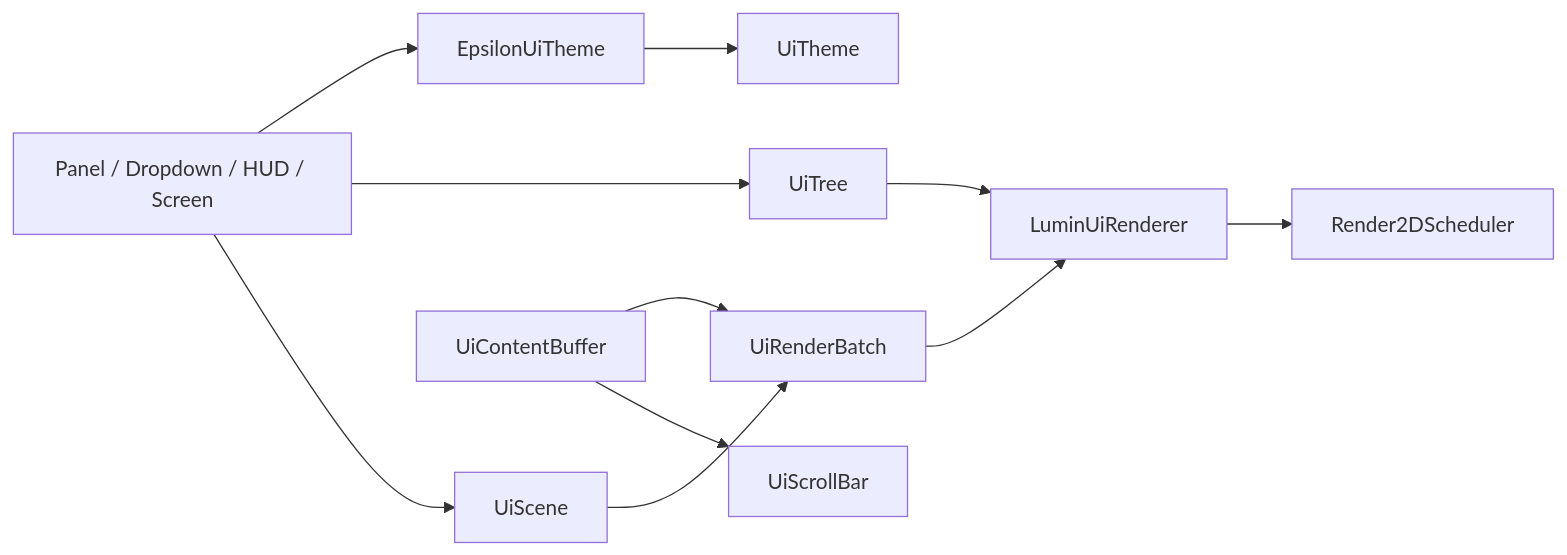
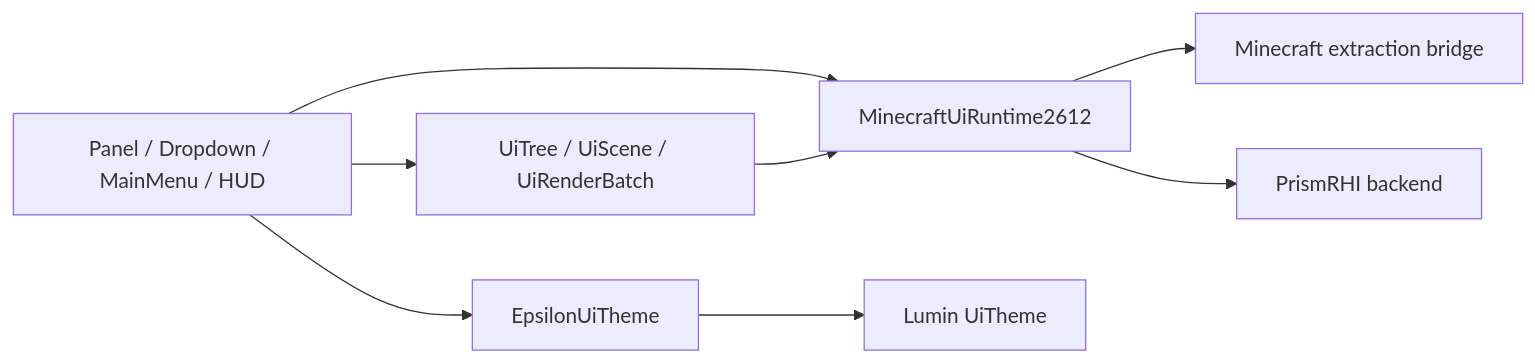
The diagram in docs/gui-library.md (KonekokoHouse/Epsilon), drawn with Mermaid before and after one commit. The commit also changed other lines of this file and 7 other files, not shown here.

````diff
--- a/docs/gui-library.md
+++ b/docs/gui-library.md
@@ -42,13 +18,10 @@
 ```mermaid
 flowchart LR
-    A["Panel / Dropdown / HUD / Screen"] --> B["EpsilonUiTheme"]
-    A --> C["UiTree"]
-    A --> D["UiScene"]
-    B --> E["UiTheme"]
-    D --> F["UiRenderBatch"]
-    F --> G["LuminUiRenderer"]
-    C --> G
-    G --> H["Render2DScheduler"]
-    I["UiContentBuffer"] --> F
-    I --> J["UiScrollBar"]
+    A["Panel / Dropdown / MainMenu / HUD"] --> B["EpsilonUiTheme"]
+    A --> C["UiTree / UiScene / UiRenderBatch"]
+    A --> D["MinecraftUiRuntime2612"]
+    B --> E["Lumin UiTheme"]
+    C --> D
+    D --> F["Minecraft extraction bridge"]
+    D --> G["PrismRHI backend"]
 ```
````
